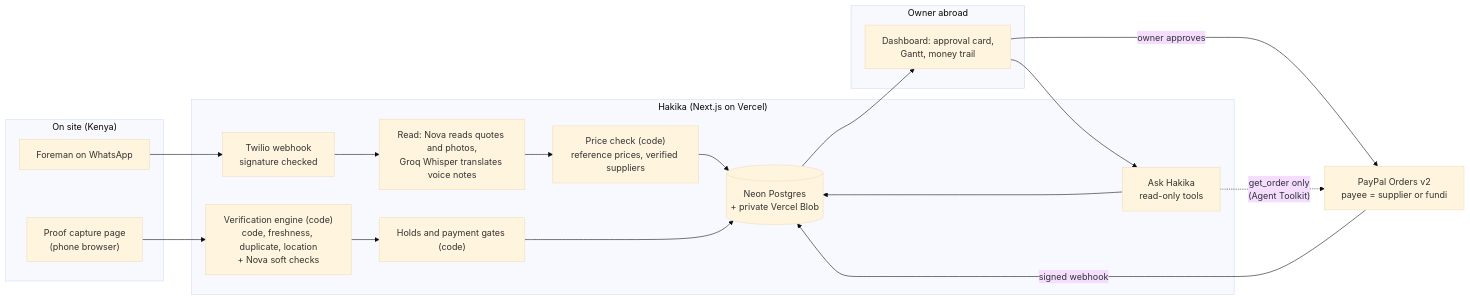
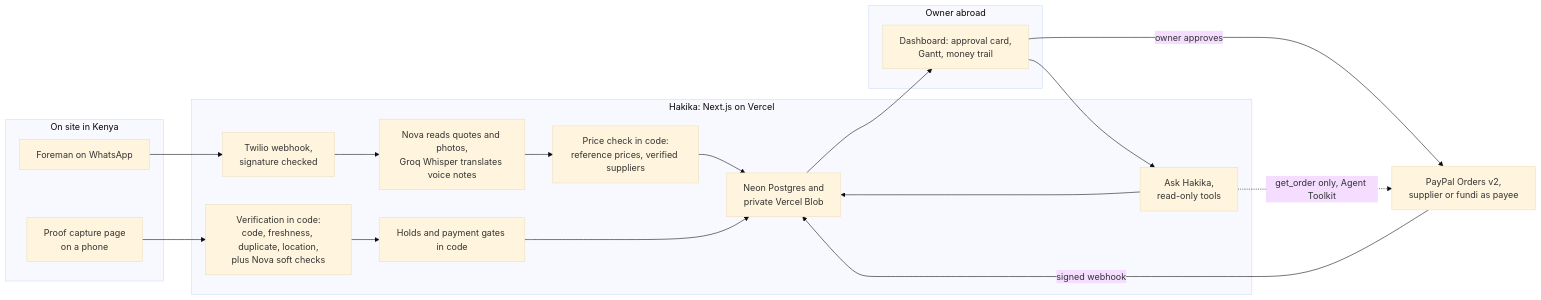
The diagram in README.md (youneedgreg/Hakika), drawn with Mermaid (base theme) before and after one commit.

Commit message:
docs: use mermaid syntax github renders in the readme diagram

````diff
--- a/README.md
+++ b/README.md
@@ -27,28 +27,28 @@
 ```mermaid
 flowchart LR
-  subgraph Site["On site (Kenya)"]
-    Foreman["Foreman on WhatsApp"]
-    Phone["Proof capture page<br/>(phone browser)"]
+  subgraph SITE["On site in Kenya"]
+    FOREMAN["Foreman on WhatsApp"]
+    PHONE["Proof capture page<br/>on a phone"]
   end
-  subgraph Hakika["Hakika (Next.js on Vercel)"]
-    Webhook["Twilio webhook<br/>signature checked"]
-    Read["Read: Nova reads quotes and photos,<br/>Groq Whisper translates voice notes"]
-    Price["Price check (code)<br/>reference prices, verified suppliers"]
-    Verify["Verification engine (code)<br/>code, freshness, duplicate, location<br/>+ Nova soft checks"]
-    Gate["Holds and payment gates (code)"]
-    Ask["Ask Hakika<br/>read-only tools"]
-    DB[("Neon Postgres<br/>+ private Vercel Blob")]
+  subgraph APP["Hakika: Next.js on Vercel"]
+    HOOK["Twilio webhook,<br/>signature checked"]
+    READ["Nova reads quotes and photos,<br/>Groq Whisper translates voice notes"]
+    PRICE["Price check in code:<br/>reference prices, verified suppliers"]
+    VERIFY["Verification in code:<br/>code, freshness, duplicate, location,<br/>plus Nova soft checks"]
+    GATE["Holds and payment gates in code"]
+    ASK["Ask Hakika,<br/>read-only tools"]
+    DB["Neon Postgres and<br/>private Vercel Blob"]
   end
-  subgraph Owner["Owner abroad"]
-    Dash["Dashboard: approval card,<br/>Gantt, money trail"]
+  subgraph OWNER["Owner abroad"]
+    DASH["Dashboard: approval card,<br/>Gantt, money trail"]
   end
-  PayPal["PayPal Orders v2<br/>payee = supplier or fundi"]
+  PAYPAL["PayPal Orders v2,<br/>supplier or fundi as payee"]
 
-  Foreman --> Webhook --> Read --> Price --> DB
-  Phone --> Verify --> Gate --> DB
-  DB --> Dash
-  Dash -- "owner approves" --> PayPal
-  PayPal -- "signed webhook" --> DB
-  Dash --> Ask --> DB
-  Ask -. "get_order only<br/>(Agent Toolkit)" .-> PayPal
+  FOREMAN --> HOOK --> READ --> PRICE --> DB
+  PHONE --> VERIFY --> GATE --> DB
+  DB --> DASH
+  DASH -->|owner approves| PAYPAL
+  PAYPAL -->|signed webhook| DB
+  DASH --> ASK --> DB
+  ASK -.->|get_order only, Agent Toolkit| PAYPAL
 ```
````
